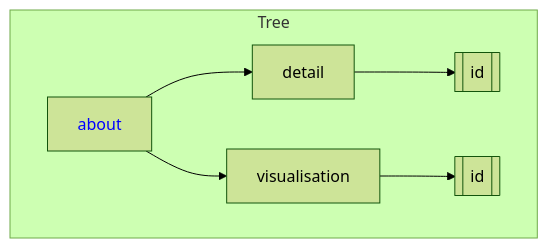
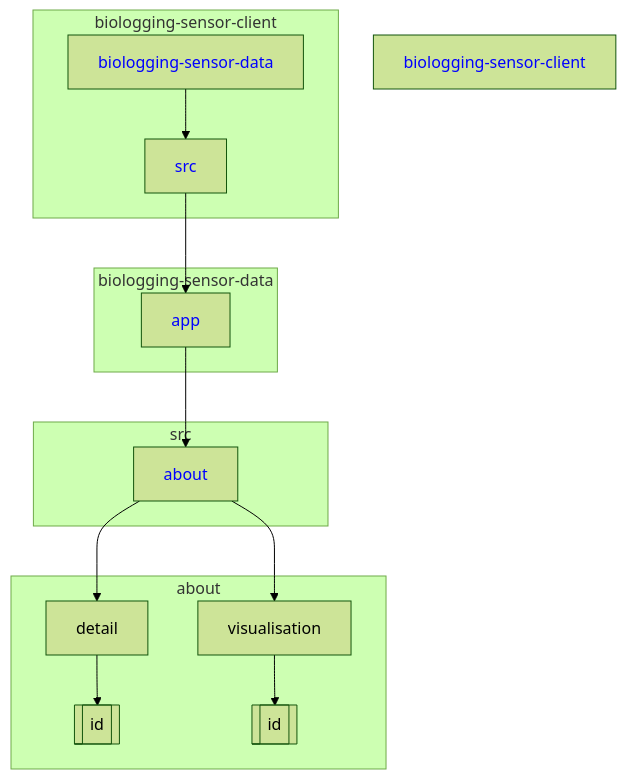
The diagram in draft-delete.md (Khosiyat/Algorithms), drawn with Mermaid (forest theme) before and after one commit.

````diff
--- a/draft-delete.md
+++ b/draft-delete.md
@@ -1,16 +1,29 @@
 ```mermaid
 graph TD
-    A["<span style='color:blue'>about</span>"] 
-    B[detail]
-    C[[id]]
-    D[visualisation]
-    E[[id]]
+    A["<span style='color:blue'>biologging-sensor-client</span>"] 
+    B["<span style='color:blue'>biologging-sensor-data</span>"]
+    C["<span style='color:blue'>src</span>"]
+    D["<span style='color:blue'>app</span>"]
+    E["<span style='color:blue'>about</span>"]
+    F[detail]
+    G[[id]]
+    H[visualisation]
+    I[[id]]
 
-    subgraph Tree
-        A --> B
+    subgraph biologging-sensor-client
         B --> C
-        A --> D
+    end
+    subgraph biologging-sensor-data
+        C --> D
+    end
+    subgraph src
         D --> E
+    end
+    subgraph about
+        E --> F
+        F --> G
+        E --> H
+        H --> I
     end
 
 ```
````
